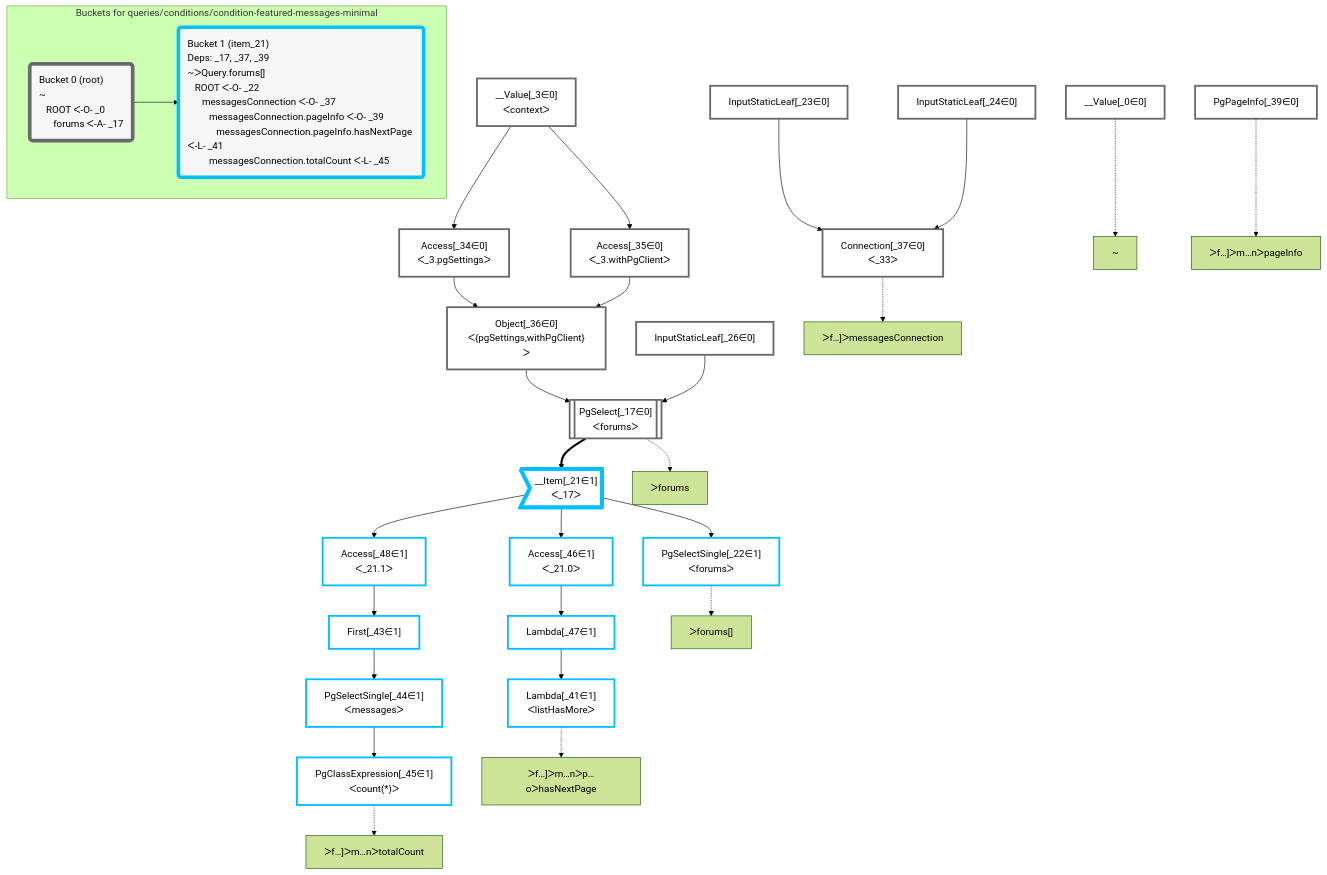
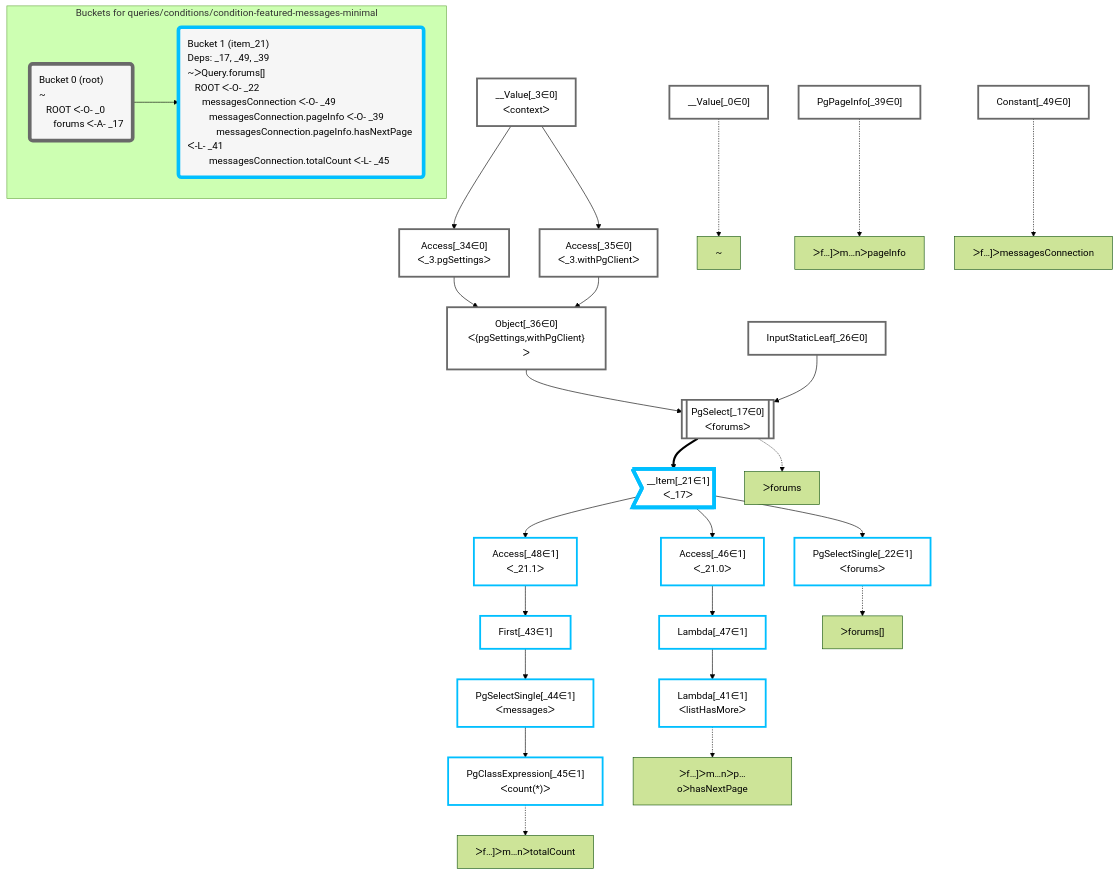
The diagram in packages/dataplan-pg/__tests__/queries/conditions/condition-featured-messages-minimal.mermaid.md (graphile/crystal), drawn with Mermaid (forest theme) before and after one commit. The commit also changed 57 other files, not shown here.

````diff
--- a/packages/dataplan-pg/__tests__/queries/conditions/condition-featured-messages-minimal.mermaid.md
+++ b/packages/dataplan-pg/__tests__/queries/conditions/condition-featured-messages-minimal.mermaid.md
@@ -1,73 +1,70 @@
 ```mermaid
 graph TD
     classDef path fill:#eee,stroke:#000,color:#000
     classDef plan fill:#fff,stroke-width:3px,color:#000
     classDef itemplan fill:#fff,stroke-width:6px,color:#000
     classDef sideeffectplan fill:#f00,stroke-width:6px,color:#000
     classDef bucket fill:#f6f6f6,color:#000,stroke-width:6px,text-align:left
 
 
     %% define plans
     __Value_0["__Value[_0∈0]"]:::plan
     PgSelectSingle_22["PgSelectSingle[_22∈1]<br />ᐸforumsᐳ"]:::plan
     PgClassExpression_45["PgClassExpression[_45∈1]<br />ᐸcount(*)ᐳ"]:::plan
     PgSelectSingle_44["PgSelectSingle[_44∈1]<br />ᐸmessagesᐳ"]:::plan
     First_43["First[_43∈1]"]:::plan
     Access_48["Access[_48∈1]<br />ᐸ_21.1ᐳ"]:::plan
     Lambda_41["Lambda[_41∈1]<br />ᐸlistHasMoreᐳ"]:::plan
     Lambda_47["Lambda[_47∈1]"]:::plan
     Access_46["Access[_46∈1]<br />ᐸ_21.0ᐳ"]:::plan
     __Item_21>"__Item[_21∈1]<br />ᐸ_17ᐳ"]:::itemplan
     PgSelect_17[["PgSelect[_17∈0]<br />ᐸforumsᐳ"]]:::plan
     Object_36["Object[_36∈0]<br />ᐸ{pgSettings,withPgClient}ᐳ"]:::plan
     Access_34["Access[_34∈0]<br />ᐸ_3.pgSettingsᐳ"]:::plan
     Access_35["Access[_35∈0]<br />ᐸ_3.withPgClientᐳ"]:::plan
     __Value_3["__Value[_3∈0]<br />ᐸcontextᐳ"]:::plan
-    Connection_37["Connection[_37∈0]<br />ᐸ_33ᐳ"]:::plan
-    InputStaticLeaf_23["InputStaticLeaf[_23∈0]"]:::plan
-    InputStaticLeaf_24["InputStaticLeaf[_24∈0]"]:::plan
     InputStaticLeaf_26["InputStaticLeaf[_26∈0]"]:::plan
+    Constant_49["Constant[_49∈0]"]:::plan
     PgPageInfo_39["PgPageInfo[_39∈0]"]:::plan
 
     %% plan dependencies
     __Item_21 --> PgSelectSingle_22
     PgSelectSingle_44 --> PgClassExpression_45
     First_43 --> PgSelectSingle_44
     Access_48 --> First_43
     __Item_21 --> Access_48
     Lambda_47 --> Lambda_41
     Access_46 --> Lambda_47
     __Item_21 --> Access_46
     PgSelect_17 ==> __Item_21
     Object_36 & InputStaticLeaf_26 --> PgSelect_17
     Access_34 & Access_35 --> Object_36
     __Value_3 --> Access_34
     __Value_3 --> Access_35
-    InputStaticLeaf_23 & InputStaticLeaf_24 --> Connection_37
 
     %% plan-to-path relationships
     P_0["~"]
     __Value_0 -.-> P_0
     P_17["ᐳforums"]
     PgSelect_17 -.-> P_17
     P_22["ᐳforums[]"]
     PgSelectSingle_22 -.-> P_22
-    P_37["ᐳf…]ᐳmessagesConnection"]
-    Connection_37 -.-> P_37
     P_39["ᐳf…]ᐳm…nᐳpageInfo"]
     PgPageInfo_39 -.-> P_39
     P_41["ᐳf…]ᐳm…nᐳp…oᐳhasNextPage"]
     Lambda_41 -.-> P_41
     P_45["ᐳf…]ᐳm…nᐳtotalCount"]
     PgClassExpression_45 -.-> P_45
+    P_49["ᐳf…]ᐳmessagesConnection"]
+    Constant_49 -.-> P_49
 
     subgraph "Buckets for queries/conditions/condition-featured-messages-minimal"
     Bucket0("Bucket 0 (root)<br />~<br />⠀ROOT ᐸ-O- _0<br />⠀⠀forums ᐸ-A- _17"):::bucket
     classDef bucket0 stroke:#696969
-    class Bucket0,__Value_0,__Value_3,PgSelect_17,InputStaticLeaf_23,InputStaticLeaf_24,InputStaticLeaf_26,Access_34,Access_35,Object_36,Connection_37,PgPageInfo_39 bucket0
-    Bucket1("Bucket 1 (item_21)<br />Deps: _17, _37, _39<br />~ᐳQuery.forums[]<br />⠀ROOT ᐸ-O- _22<br />⠀⠀messagesConnection ᐸ-O- _37<br />⠀⠀⠀messagesConnection.pageInfo ᐸ-O- _39<br />⠀⠀⠀⠀messagesConnection.pageInfo.hasNextPage ᐸ-L- _41<br />⠀⠀⠀messagesConnection.totalCount ᐸ-L- _45"):::bucket
+    class Bucket0,__Value_0,__Value_3,PgSelect_17,InputStaticLeaf_26,Access_34,Access_35,Object_36,PgPageInfo_39,Constant_49 bucket0
+    Bucket1("Bucket 1 (item_21)<br />Deps: _17, _49, _39<br />~ᐳQuery.forums[]<br />⠀ROOT ᐸ-O- _22<br />⠀⠀messagesConnection ᐸ-O- _49<br />⠀⠀⠀messagesConnection.pageInfo ᐸ-O- _39<br />⠀⠀⠀⠀messagesConnection.pageInfo.hasNextPage ᐸ-L- _41<br />⠀⠀⠀messagesConnection.totalCount ᐸ-L- _45"):::bucket
     classDef bucket1 stroke:#00bfff
     class Bucket1,__Item_21,PgSelectSingle_22,Lambda_41,First_43,PgSelectSingle_44,PgClassExpression_45,Access_46,Lambda_47,Access_48 bucket1
     Bucket0 --> Bucket1
     end
 ```
````
